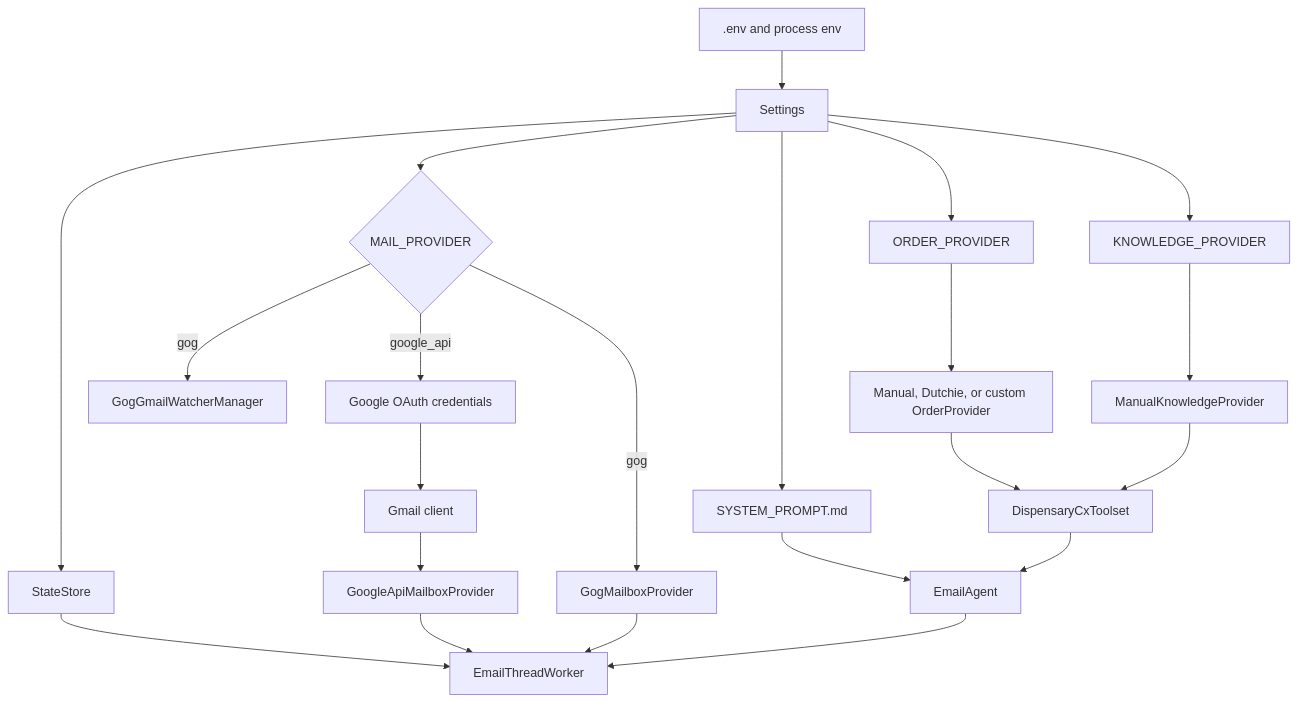
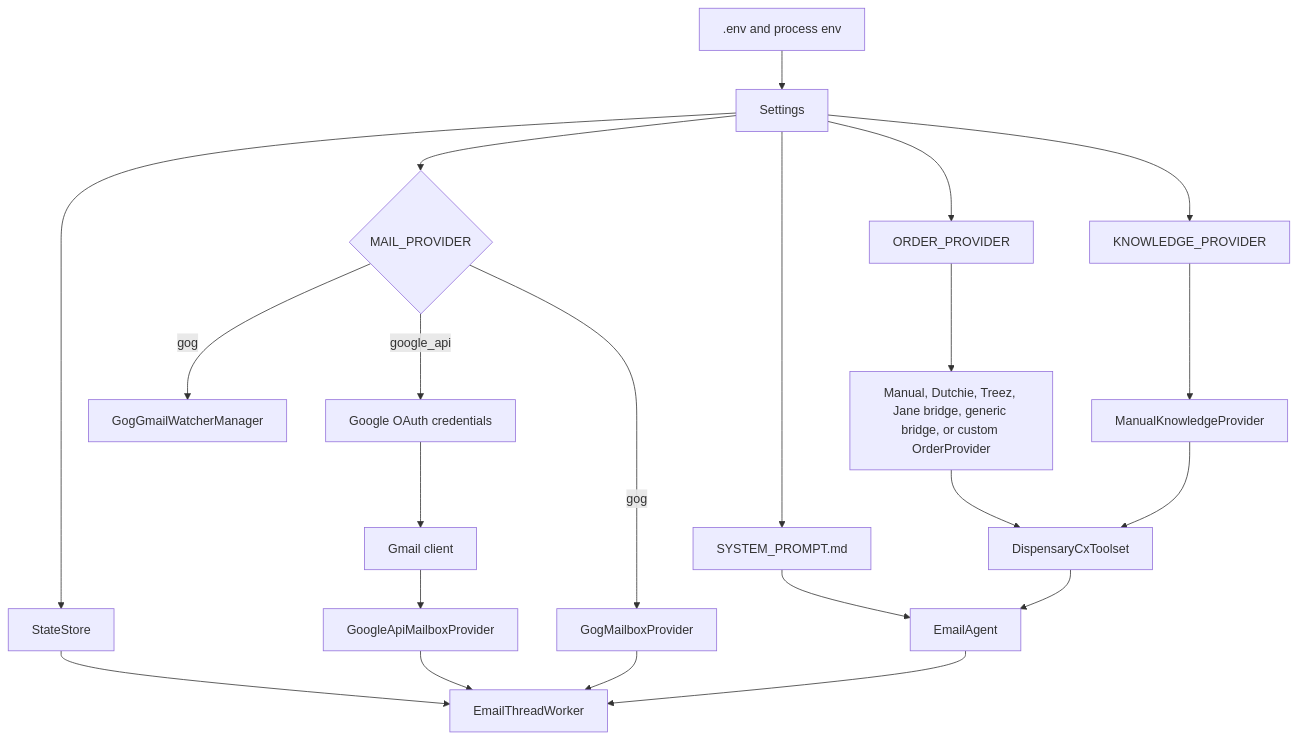
The second of 2 diagrams in docs/architecture.md (LunarMothStudios/Canna-Mailroom), drawn with Mermaid before and after one commit. The commit also changed other lines of this file and 14 other files, not shown here.

Commit message:
Add Treez and bridge-based order connectors

````diff
--- a/docs/architecture.md
+++ b/docs/architecture.md
@@ -36,28 +36,28 @@
 ```mermaid
 flowchart TD
     Env[".env and process env"] --> Settings["Settings"]
     Settings --> MailProvider{"MAIL_PROVIDER"}
     Settings --> OrderProvider["ORDER_PROVIDER"]
     Settings --> KnowledgeProvider["KNOWLEDGE_PROVIDER"]
 
     MailProvider -- google_api --> Creds["Google OAuth credentials"]
     Creds --> Gmail["Gmail client"]
     Gmail --> MailboxA["GoogleApiMailboxProvider"]
 
     MailProvider -- gog --> Watcher["GogGmailWatcherManager"]
     MailProvider -- gog --> MailboxB["GogMailboxProvider"]
 
-    OrderProvider --> OrderImpl["Manual, Dutchie, or custom OrderProvider"]
+    OrderProvider --> OrderImpl["Manual, Dutchie, Treez, Jane bridge, generic bridge, or custom OrderProvider"]
     KnowledgeProvider --> KnowledgeImpl["ManualKnowledgeProvider"]
     OrderImpl --> Toolset["DispensaryCxToolset"]
     KnowledgeImpl --> Toolset
 
     Settings --> State["StateStore"]
     Settings --> Prompt["SYSTEM_PROMPT.md"]
     Prompt --> Agent["EmailAgent"]
     Toolset --> Agent
     State --> Worker["EmailThreadWorker"]
     MailboxA --> Worker
     MailboxB --> Worker
     Agent --> Worker
 ```
````
